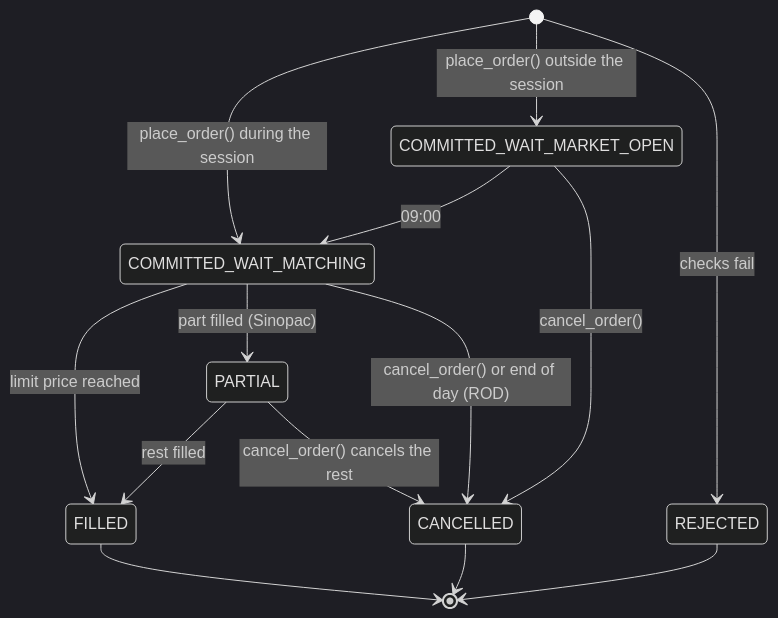
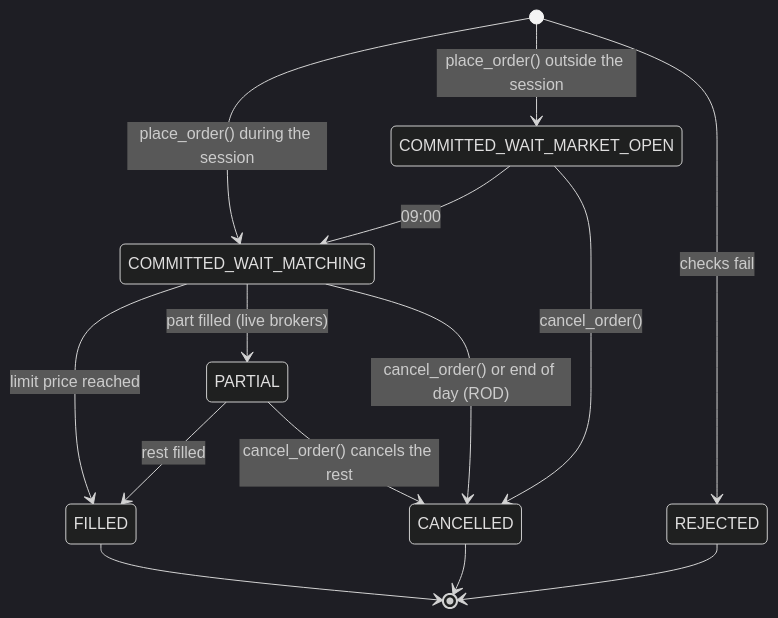
One commit to jackiesogi/CJTrade changed the diagram in doc/get-started/account-and-orders.md. Above: the diagram before and after it, drawn with Mermaid (dark theme). The commit also changed 21 other files, not shown here.

First line of the commit message:
Show in the docs that live brokers sit behind one adapter interface

````diff
--- a/doc/get-started/account-and-orders.md
+++ b/doc/get-started/account-and-orders.md
@@ -11,16 +11,16 @@
 ```mermaid
 stateDiagram-v2
     [*] --> COMMITTED_WAIT_MATCHING: place_order() during the session
     [*] --> COMMITTED_WAIT_MARKET_OPEN: place_order() outside the session
     [*] --> REJECTED: checks fail
     COMMITTED_WAIT_MARKET_OPEN --> COMMITTED_WAIT_MATCHING: 09:00
     COMMITTED_WAIT_MARKET_OPEN --> CANCELLED: cancel_order()
     COMMITTED_WAIT_MATCHING --> FILLED: limit price reached
-    COMMITTED_WAIT_MATCHING --> PARTIAL: part filled (Sinopac)
+    COMMITTED_WAIT_MATCHING --> PARTIAL: part filled (live brokers)
     PARTIAL --> FILLED: rest filled
     COMMITTED_WAIT_MATCHING --> CANCELLED: cancel_order() or end of day (ROD)
     PARTIAL --> CANCELLED: cancel_order() cancels the rest
     FILLED --> [*]
     CANCELLED --> [*]
     REJECTED --> [*]
 ```
````
